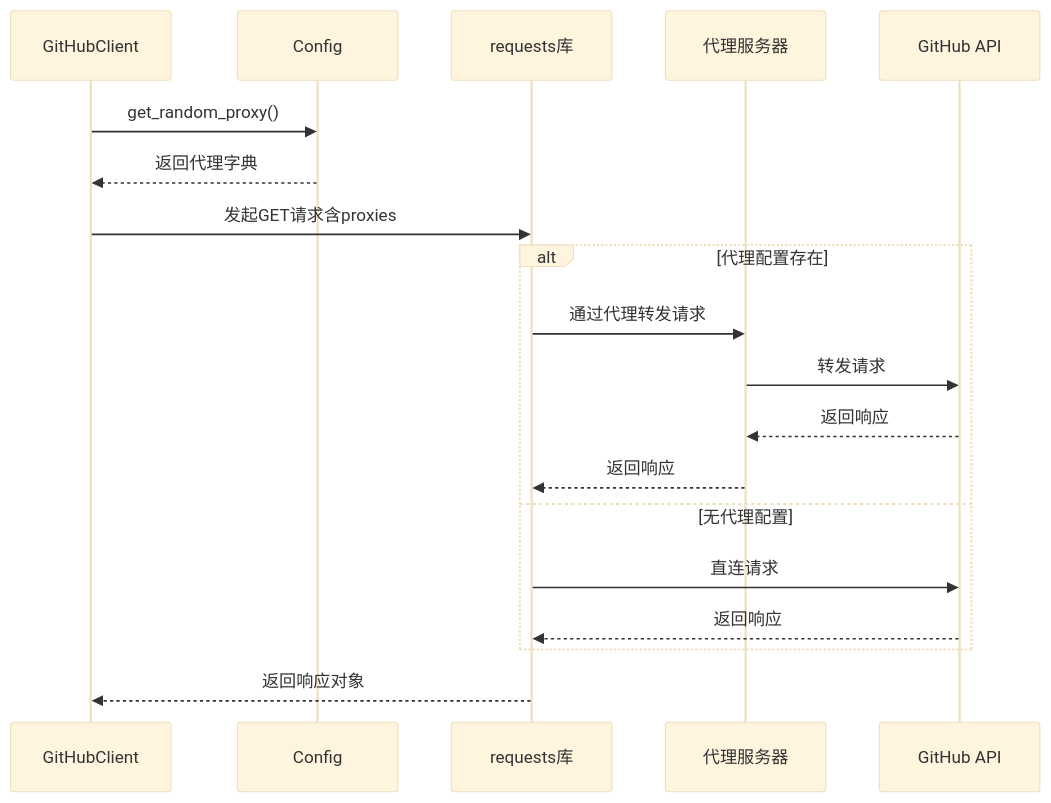
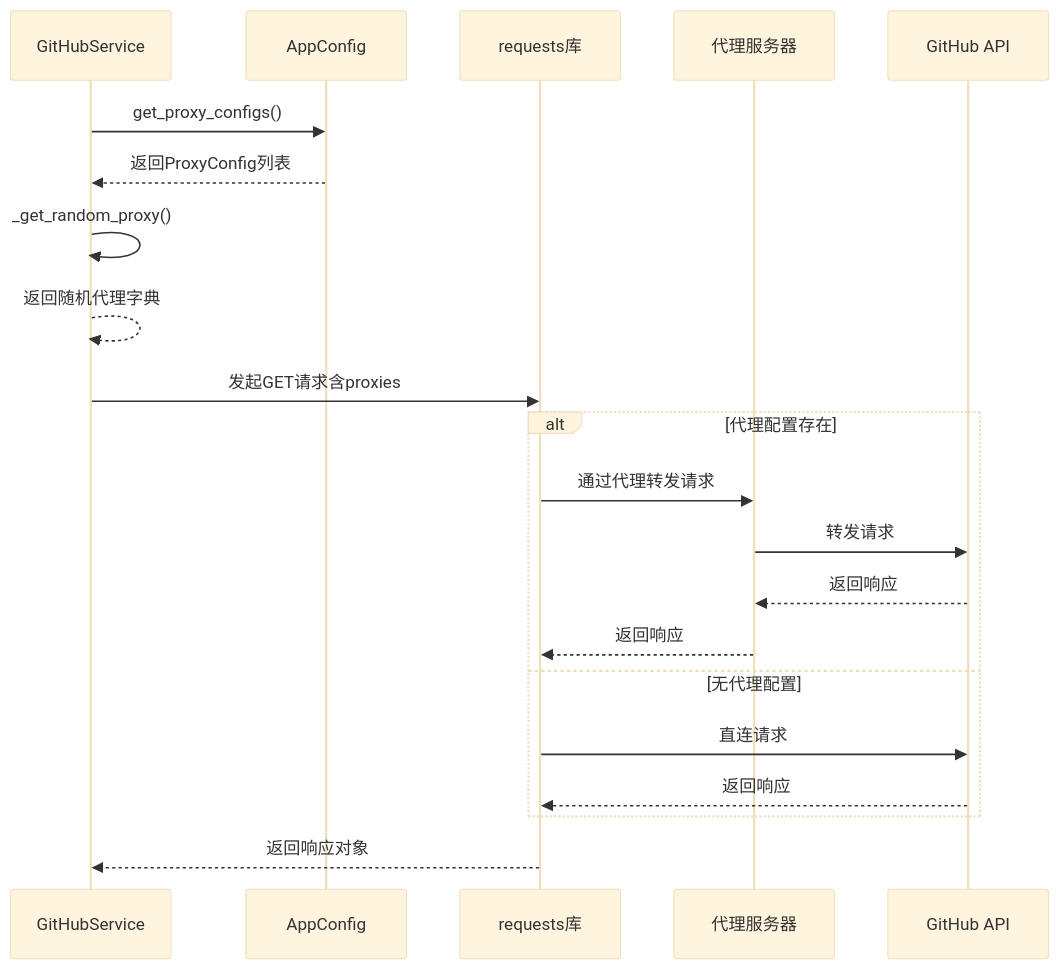
Before and after one commit to james-6-23/APIKEY-king: the second of 2 diagrams in .qoder/repowiki/zh/content/故障排除/代理连接问题.md, drawn with Mermaid (base theme). The commit also changed other lines of this file and 49 other files, not shown here.

````diff
--- a/.qoder/repowiki/zh/content/故障排除/代理连接问题.md
+++ b/.qoder/repowiki/zh/content/故障排除/代理连接问题.md
@@ -104,21 +125,23 @@
 ```mermaid
 sequenceDiagram
-participant Client as GitHubClient
-participant Config as Config
+participant Service as GitHubService
+participant Config as AppConfig
 participant Requests as requests库
 participant Proxy as 代理服务器
 participant GitHub as GitHub API
-Client->>Config : get_random_proxy()
-Config-->>Client : 返回代理字典
-Client->>Requests : 发起GET请求含proxies
+Service->>Config : get_proxy_configs()
+Config-->>Service : 返回ProxyConfig列表
+Service->>Service : _get_random_proxy()
+Service-->>Service : 返回随机代理字典
+Service->>Requests : 发起GET请求含proxies
 alt 代理配置存在
 Requests->>Proxy : 通过代理转发请求
 Proxy->>GitHub : 转发请求
 GitHub-->>Proxy : 返回响应
 Proxy-->>Requests : 返回响应
 else 无代理配置
 Requests->>GitHub : 直连请求
 GitHub-->>Requests : 返回响应
 end
-Requests-->>Client : 返回响应对象
+Requests-->>Service : 返回响应对象
 ```
````
